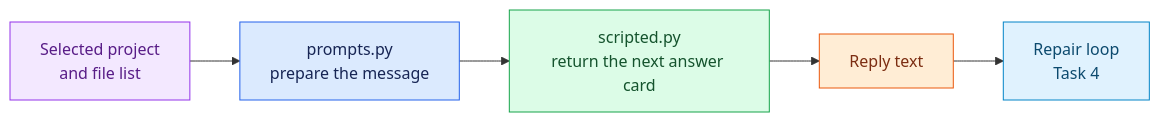
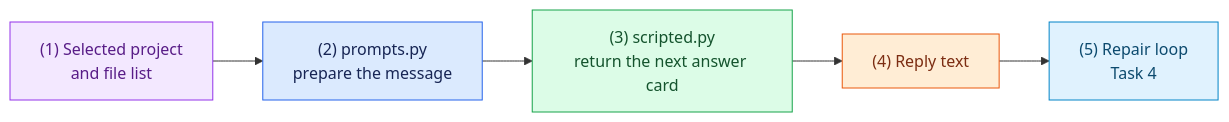
One commit to ForgettaAnthony/coding-agent-lab changed the diagram in tasks/03-prompts-and-clients.md. Above: the diagram before and after it, drawn with Mermaid. The commit also changed other lines of this file and 8 other files, not shown here.

Commit message:
docs: number task flow diagrams

````diff
--- a/tasks/03-prompts-and-clients.md
+++ b/tasks/03-prompts-and-clients.md
@@ -18,19 +20,19 @@
 ```mermaid
 flowchart LR
-    context["Selected project\nand file list"] --> prompts["prompts.py\nprepare the message"]
-    prompts --> scripted["scripted.py\nreturn the next answer card"]
-    scripted --> reply["Reply text"]
-    reply --> loop["Repair loop\nTask 4"]
+    context["(1) Selected project\nand file list"] --> prompts["(2) prompts.py\nprepare the message"]
+    prompts --> scripted["(3) scripted.py\nreturn the next answer card"]
+    scripted --> reply["(4) Reply text"]
+    reply --> loop["(5) Repair loop\nTask 4"]
 
     classDef contextBox fill:#f3e8ff,stroke:#9333ea,color:#581c87
     classDef promptBox fill:#dbeafe,stroke:#2563eb,color:#172554
     classDef scriptedBox fill:#dcfce7,stroke:#16a34a,color:#14532d
     classDef replyBox fill:#ffedd5,stroke:#ea580c,color:#7c2d12
     classDef loopBox fill:#e0f2fe,stroke:#0284c7,color:#0c4a6e
 
     class context contextBox
     class prompts promptBox
     class scripted scriptedBox
     class reply replyBox
     class loop loopBox
 ```
````
